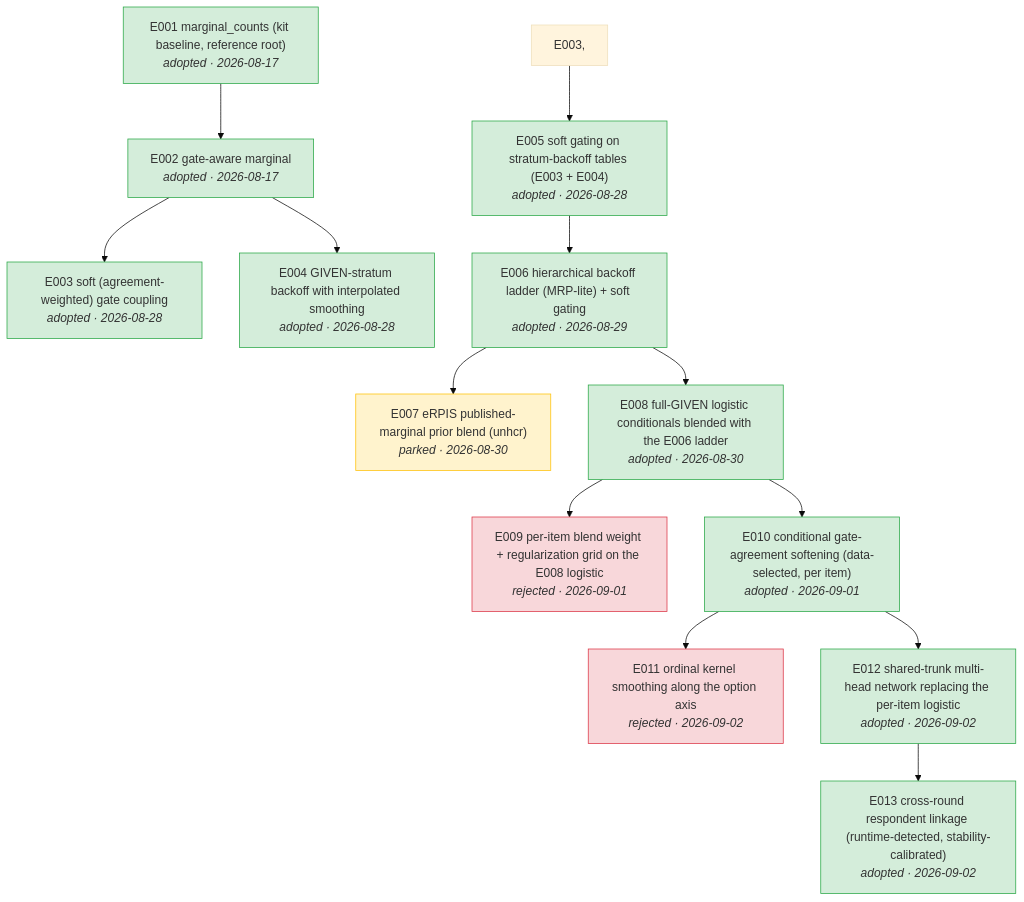
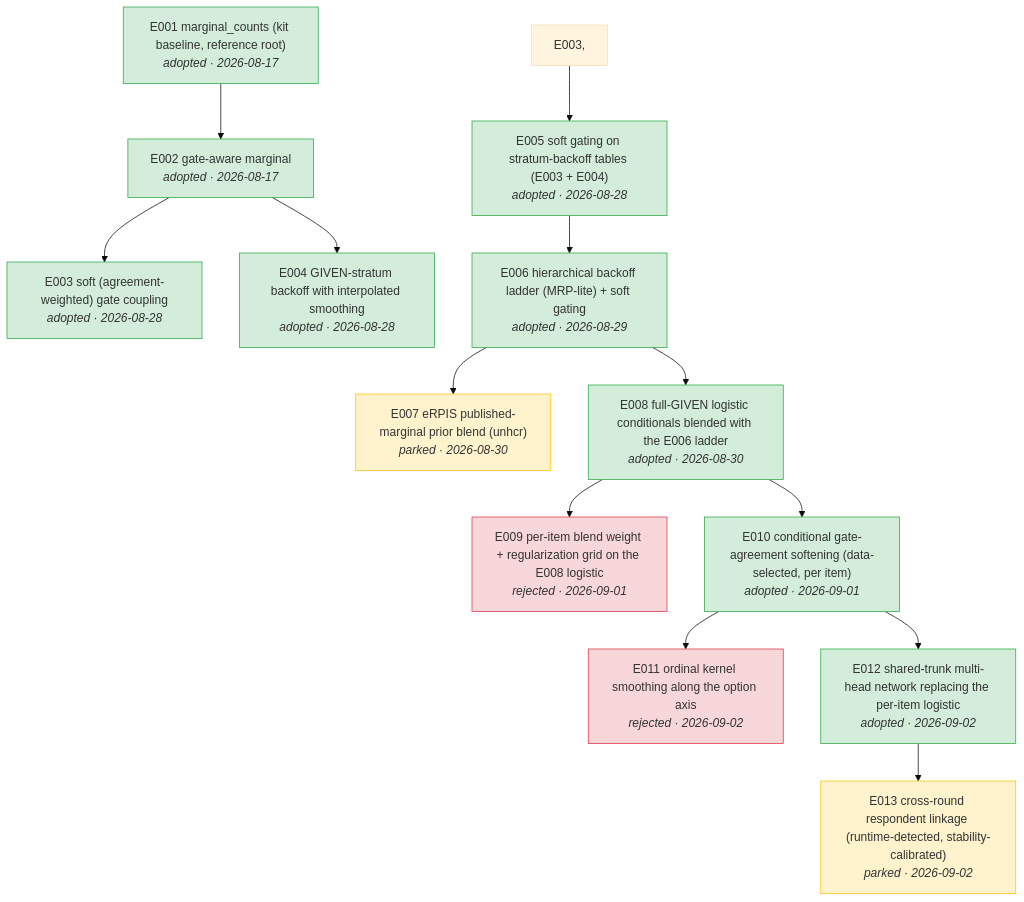
One commit to joon56/Simulacrabench-NeurIPS-2026- changed the diagram in docs/tree.md. Above: the diagram before and after it, drawn with Mermaid (base theme). The commit also changed 3 other files, not shown here.

Commit message:
E013: record leaderboard result 0.60 (flat) — linkage inert on real data, parked

````diff
--- a/docs/tree.md
+++ b/docs/tree.md
@@ -5,34 +5,34 @@
 ```mermaid
 flowchart TD
     E001["E001 marginal_counts (kit baseline, reference root)<br/><i>adopted · 2026-08-17</i>"]
     E002["E002 gate-aware marginal<br/><i>adopted · 2026-08-17</i>"]
     E001 --> E002
     E003["E003 soft (agreement-weighted) gate coupling<br/><i>adopted · 2026-08-28</i>"]
     E002 --> E003
     E004["E004 GIVEN-stratum backoff with interpolated smoothing<br/><i>adopted · 2026-08-28</i>"]
     E002 --> E004
     E005["E005 soft gating on stratum-backoff tables (E003 + E004)<br/><i>adopted · 2026-08-28</i>"]
     E003, --> E005
     E006["E006 hierarchical backoff ladder (MRP-lite) + soft gating<br/><i>adopted · 2026-08-29</i>"]
     E005 --> E006
     E007["E007 eRPIS published-marginal prior blend (unhcr)<br/><i>parked · 2026-08-30</i>"]
     E006 --> E007
     E008["E008 full-GIVEN logistic conditionals blended with the E006 ladder<br/><i>adopted · 2026-08-30</i>"]
     E006 --> E008
     E009["E009 per-item blend weight + regularization grid on the E008 logistic<br/><i>rejected · 2026-09-01</i>"]
     E008 --> E009
     E010["E010 conditional gate-agreement softening (data-selected, per item)<br/><i>adopted · 2026-09-01</i>"]
     E008 --> E010
     E011["E011 ordinal kernel smoothing along the option axis<br/><i>rejected · 2026-09-02</i>"]
     E010 --> E011
     E012["E012 shared-trunk multi-head network replacing the per-item logistic<br/><i>adopted · 2026-09-02</i>"]
     E010 --> E012
-    E013["E013 cross-round respondent linkage (runtime-detected, stability-calibrated)<br/><i>adopted · 2026-09-02</i>"]
+    E013["E013 cross-round respondent linkage (runtime-detected, stability-calibrated)<br/><i>parked · 2026-09-02</i>"]
     E012 --> E013
     classDef adopted fill:#d4edda,stroke:#28a745
-    class E001,E002,E003,E004,E005,E006,E008,E010,E012,E013 adopted
+    class E001,E002,E003,E004,E005,E006,E008,E010,E012 adopted
     classDef rejected fill:#f8d7da,stroke:#dc3545
     class E009,E011 rejected
     classDef parked fill:#fff3cd,stroke:#ffc107
-    class E007 parked
+    class E007,E013 parked
 ```
````
